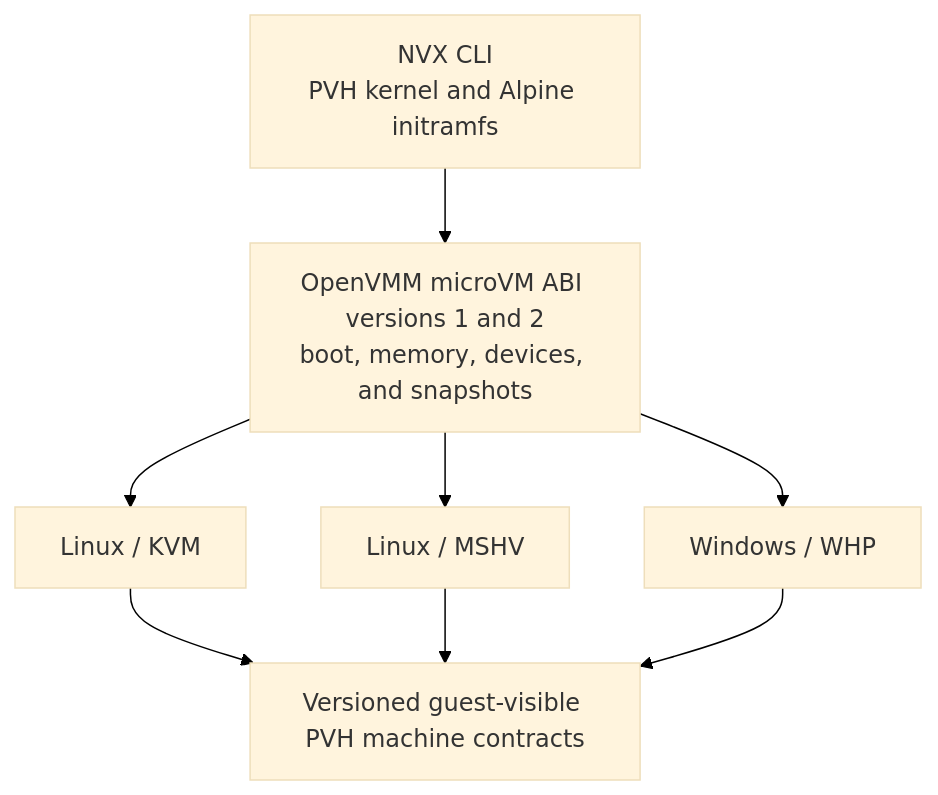
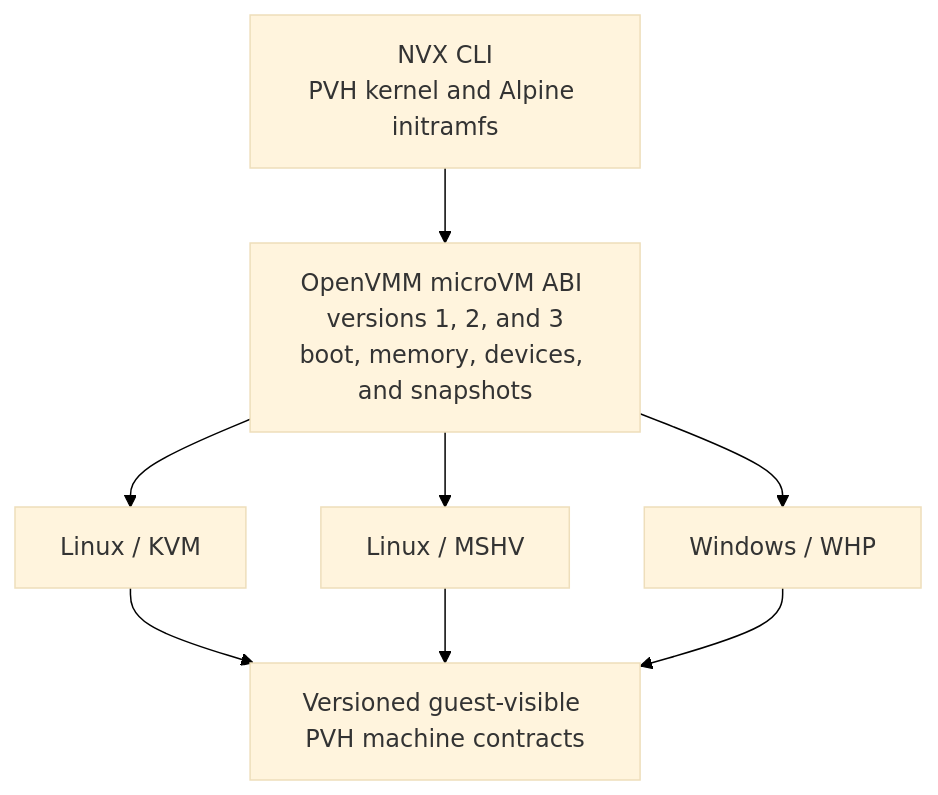
The first of 7 diagrams in doc/design.md (microsoft/nvx), drawn with Mermaid before and after one commit. The commit also changed other lines of this file and 13 other files, not shown here.

````diff
--- a/doc/design.md
+++ b/doc/design.md
@@ -32,18 +32,18 @@
 ```mermaid
 %%{init: {"theme": "base", "themeVariables": {"background": "#ffffff"}}}%%
 flowchart TB
    Inputs["NVX CLI<br/>PVH kernel and Alpine initramfs"]
-   Profile["OpenVMM microVM ABI versions 1 and 2<br/>boot, memory, devices, and snapshots"]
+   Profile["OpenVMM microVM ABI versions 1, 2, and 3<br/>boot, memory, devices, and snapshots"]
    Kvm["Linux / KVM"]
    Mshv["Linux / MSHV"]
    Whp["Windows / WHP"]
    Contract["Versioned guest-visible PVH machine contracts"]
 
    Inputs --> Profile
    Profile --> Kvm
    Profile --> Mshv
    Profile --> Whp
    Kvm --> Contract
    Mshv --> Contract
    Whp --> Contract
 ```
````
